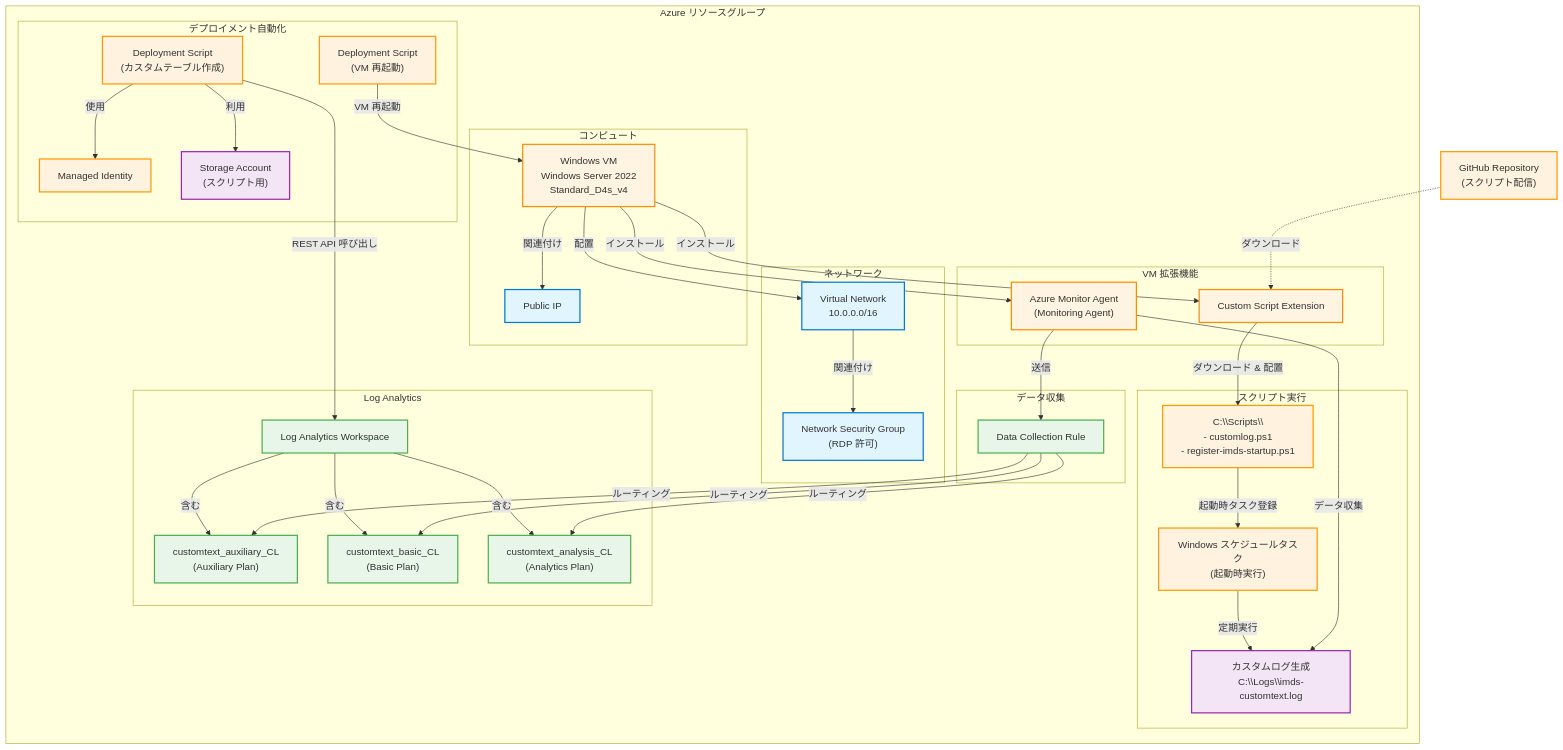
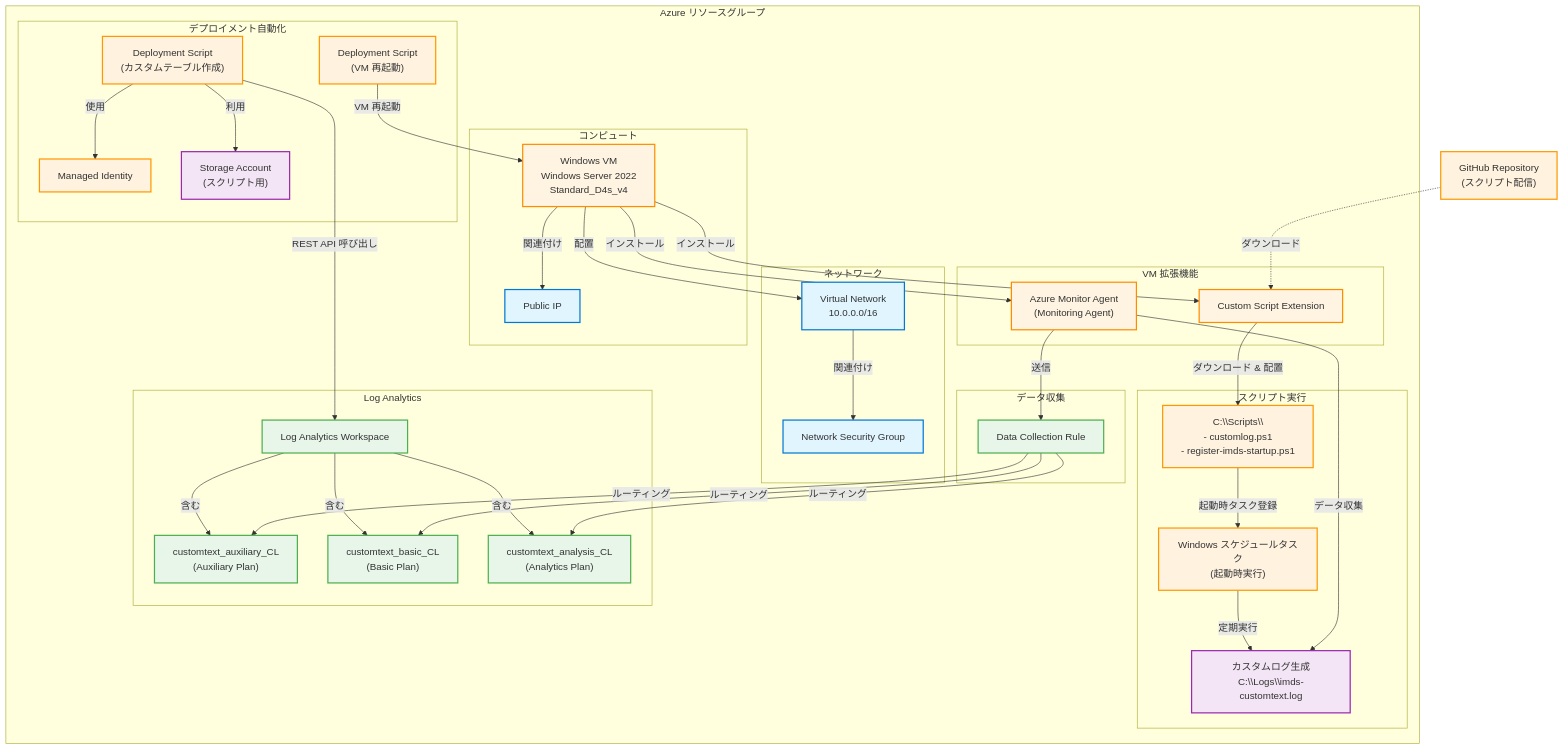
Before and after one commit to NakayamaKento/Azure_Bicep: the first of 2 diagrams in Blog/log_analytics_table_plan/README.md, drawn with Mermaid. The commit also changed other lines of this file and 1 other file, not shown here.

Commit message:
Remove RDP allow rule from NSG and update README accordingly

````diff
--- a/Blog/log_analytics_table_plan/README.md
+++ b/Blog/log_analytics_table_plan/README.md
@@ -11,75 +11,75 @@
 ```mermaid
 graph TB
     subgraph "Azure リソースグループ"
         subgraph "ネットワーク"
             VNet["Virtual Network<br/>10.0.0.0/16"]
-            NSG["Network Security Group<br/>(RDP 許可)"]
+            NSG["Network Security Group"]
             VNet -->|関連付け| NSG
         end
         
         subgraph "コンピュート"
             VM["Windows VM<br/>Windows Server 2022<br/>Standard_D4s_v4"]
             PIP["Public IP"]
             VM -->|関連付け| PIP
             VM -->|配置| VNet
         end
         
         subgraph "VM 拡張機能"
             AMA["Azure Monitor Agent<br/>(Monitoring Agent)"]
             CSE["Custom Script Extension"]
             VM -->|インストール| AMA
             VM -->|インストール| CSE
         end
         
         subgraph "スクリプト実行"
             CSE -->|ダウンロード & 配置| Scripts["C:\\Scripts\\<br/>- customlog.ps1<br/>- register-imds-startup.ps1"]
             Scripts -->|起動時タスク登録| Task["Windows スケジュールタスク<br/>(起動時実行)"]
             Task -->|定期実行| LogGen["カスタムログ生成<br/>C:\\Logs\\imds-customtext.log"]
         end
         
         subgraph "Log Analytics"
             LAW["Log Analytics Workspace"]
             Table1["customtext_auxiliary_CL<br/>(Auxiliary Plan)"]
             Table2["customtext_basic_CL<br/>(Basic Plan)"]
             Table3["customtext_analysis_CL<br/>(Analytics Plan)"]
             LAW -->|含む| Table1
             LAW -->|含む| Table2
             LAW -->|含む| Table3
         end
         
         subgraph "データ収集"
             DCR["Data Collection Rule"]
             AMA -->|データ収集| LogGen
             AMA -->|送信| DCR
             DCR -->|ルーティング| Table1
             DCR -->|ルーティング| Table2
             DCR -->|ルーティング| Table3
         end
         
         subgraph "デプロイメント自動化"
             ManagedID["Managed Identity"]
             DeployScript["Deployment Script<br/>(カスタムテーブル作成)"]
             RestartScript["Deployment Script<br/>(VM 再起動)"]
             SA["Storage Account<br/>(スクリプト用)"]
             
             DeployScript -->|使用| ManagedID
             DeployScript -->|REST API 呼び出し| LAW
             DeployScript -->|利用| SA
             RestartScript -->|VM 再起動| VM
         end
     end
     
     GitHub["GitHub Repository<br/>(スクリプト配信)"] -.->|ダウンロード| CSE
     
     classDef network fill:#e1f5ff,stroke:#0078d4,stroke-width:2px
     classDef compute fill:#fff4e1,stroke:#ff8c00,stroke-width:2px
     classDef monitoring fill:#e8f5e9,stroke:#4caf50,stroke-width:2px
     classDef storage fill:#f3e5f5,stroke:#9c27b0,stroke-width:2px
     classDef script fill:#fff3e0,stroke:#ff9800,stroke-width:2px
     
     class VNet,NSG,PIP network
     class VM,AMA,CSE compute
     class LAW,Table1,Table2,Table3,DCR monitoring
     class SA,LogGen storage
     class ManagedID,DeployScript,RestartScript,Scripts,Task,GitHub script
 ```
````
